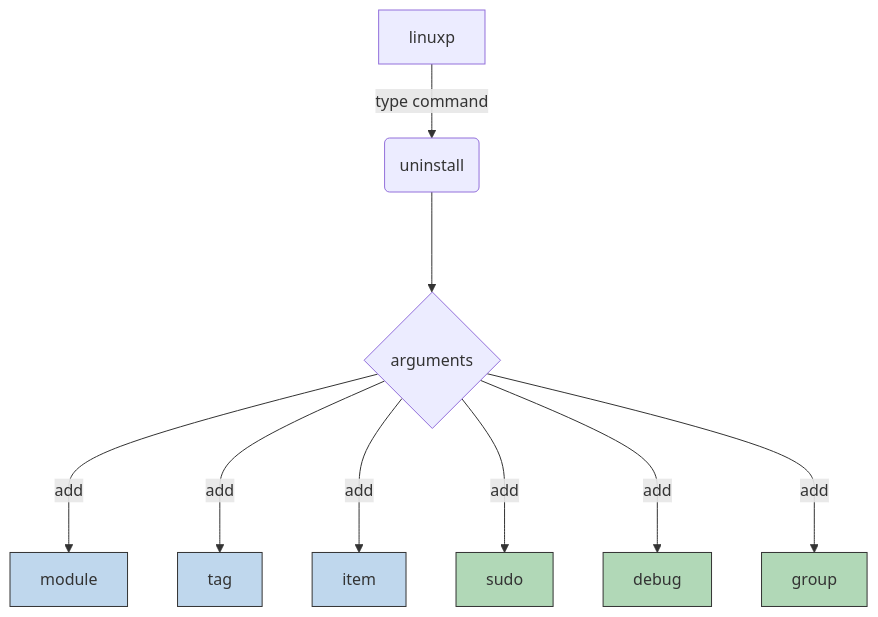
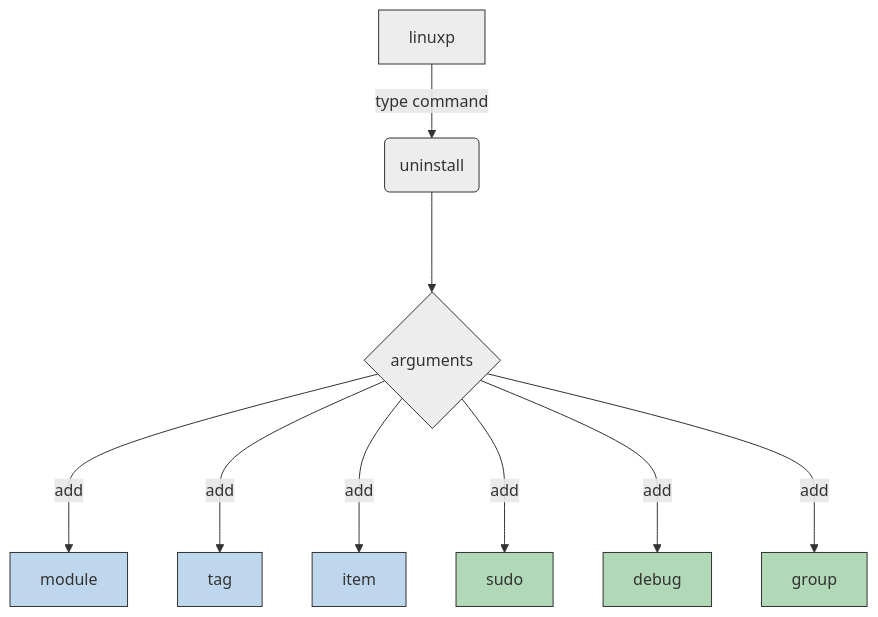
One commit to linux-profile/linux-profile changed the diagram in docs/nav/commands/uninstall/index.md. Above: the diagram before and after it, drawn with Mermaid. The commit also changed 6 other files, not shown here.

````diff
--- a/docs/nav/commands/uninstall/index.md
+++ b/docs/nav/commands/uninstall/index.md
@@ -30,18 +30,22 @@
 ``` mermaid
 graph TD
     L[linuxp] -->|type command| u(uninstall)
     u ---> option_u{arguments}
     option_u --->|add| arg_u_module[module]
     option_u --->|add| arg_u_tag[tag]
     option_u --->|add| arg_u_item[item]
     option_u --->|add| arg_u_sudo[sudo]
     option_u --->|add| arg_u_debug[debug]
     option_u --->|add| arg_u_group[group]
 
     style arg_u_module fill:#BFD7ED,stroke:#333
     style arg_u_tag fill:#BFD7ED,stroke:#333
     style arg_u_item fill:#BFD7ED,stroke:#333
     style arg_u_sudo fill:#B1D8B7,stroke:#333
     style arg_u_debug fill:#B1D8B7,stroke:#333
     style arg_u_group fill:#B1D8B7,stroke:#333
+
+    style L fill:#ededed,stroke:#333
+    style u fill:#ededed,stroke:#333
+    style option_u fill:#ededed,stroke:#333
 ```
````
